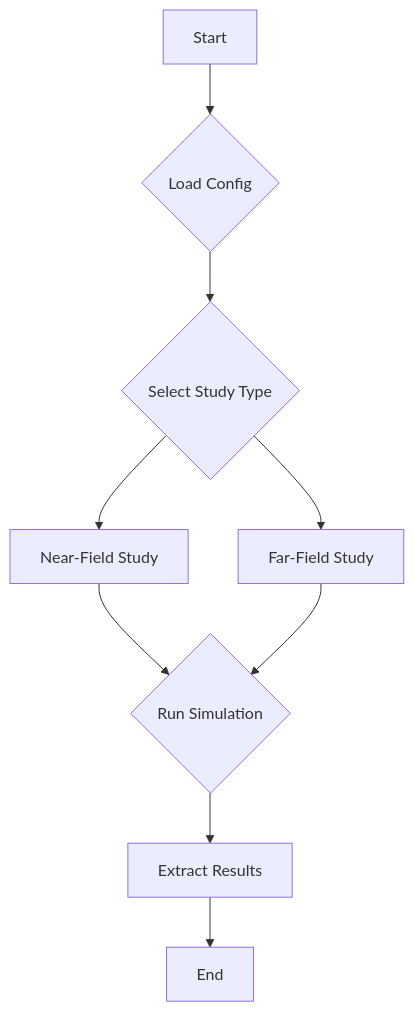
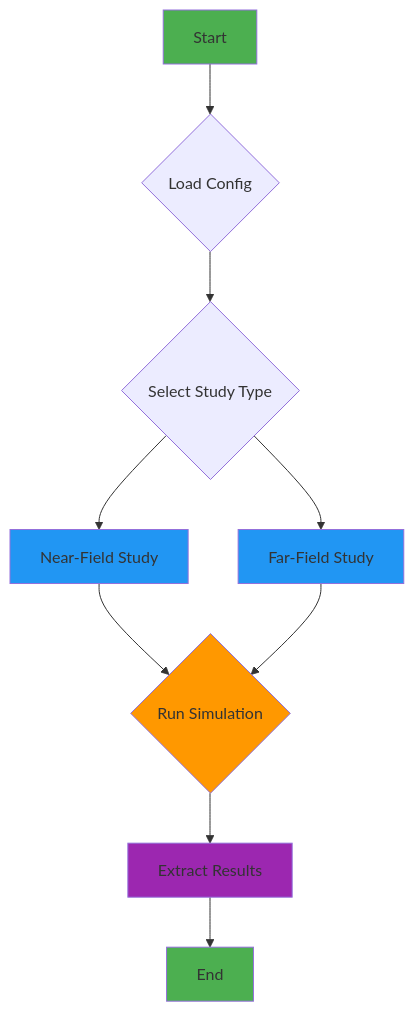
The first of 4 diagrams in docs/architecture_overview.md (rwydaegh/goliat), drawn with Mermaid before and after one commit. The commit also changed other lines of this file and 9 other files, not shown here.

Commit message:
docs: Enhanced documentation with automatic deployment, Mermaid support, and Material theme features

````diff
--- a/docs/architecture_overview.md
+++ b/docs/architecture_overview.md
@@ -9,11 +9,18 @@
 ```mermaid
 graph TD
-    A[Start] --> B{Load Config};
-    B --> C{Select Study Type};
-    C --> D[Near-Field Study];
-    C --> E[Far-Field Study];
-    D --> F{Run Simulation};
-    E --> F;
-    F --> G[Extract Results];
-    G --> H[End];
+    A[Start] --> B{Load Config}
+    B --> C{Select Study Type}
+    C --> D[Near-Field Study]
+    C --> E[Far-Field Study]
+    D --> F{Run Simulation}
+    E --> F
+    F --> G[Extract Results]
+    G --> H[End]
+    
+    style A fill:#4CAF50
+    style H fill:#4CAF50
+    style D fill:#2196F3
+    style E fill:#2196F3
+    style F fill:#FF9800
+    style G fill:#9C27B0
 ```
````
